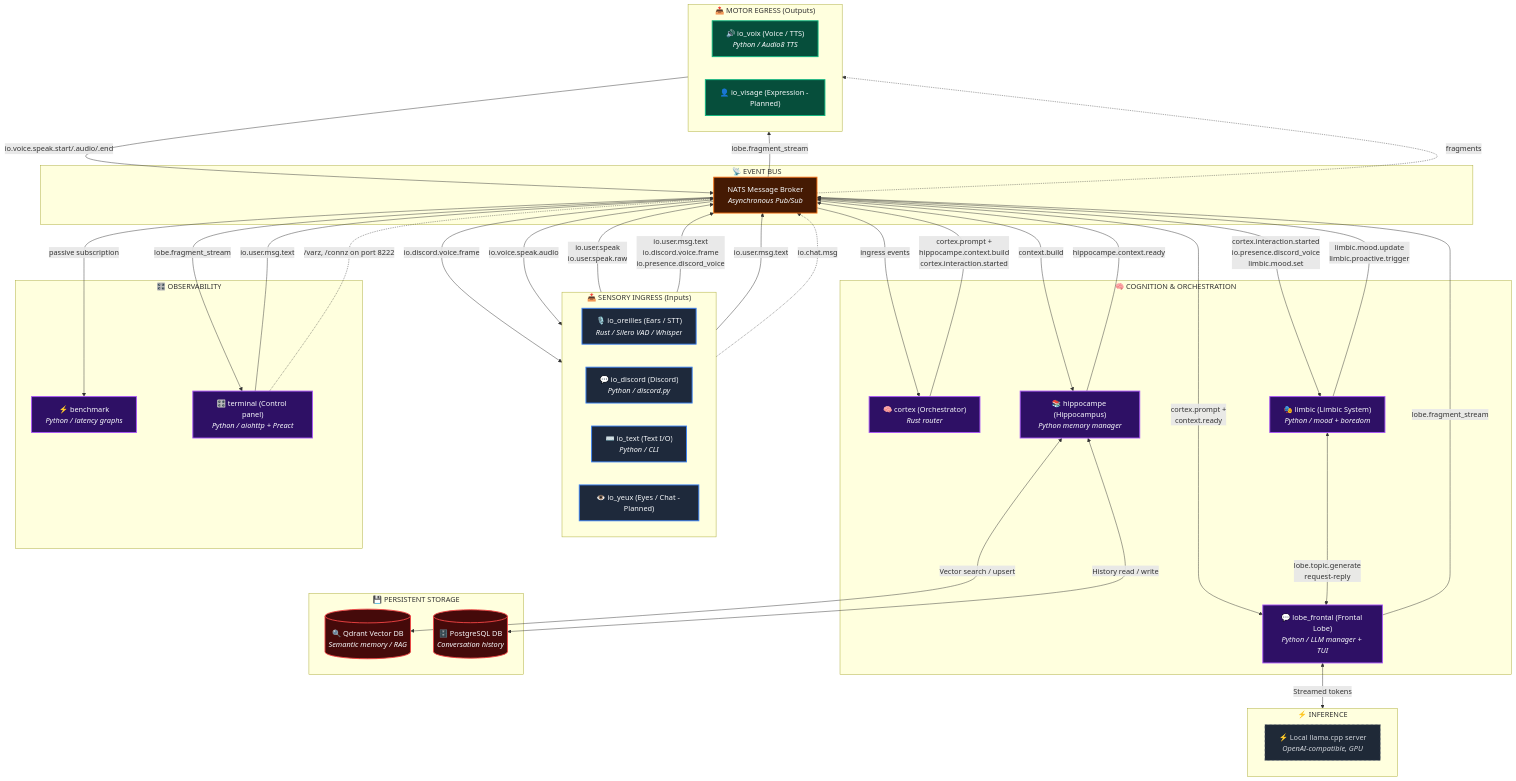
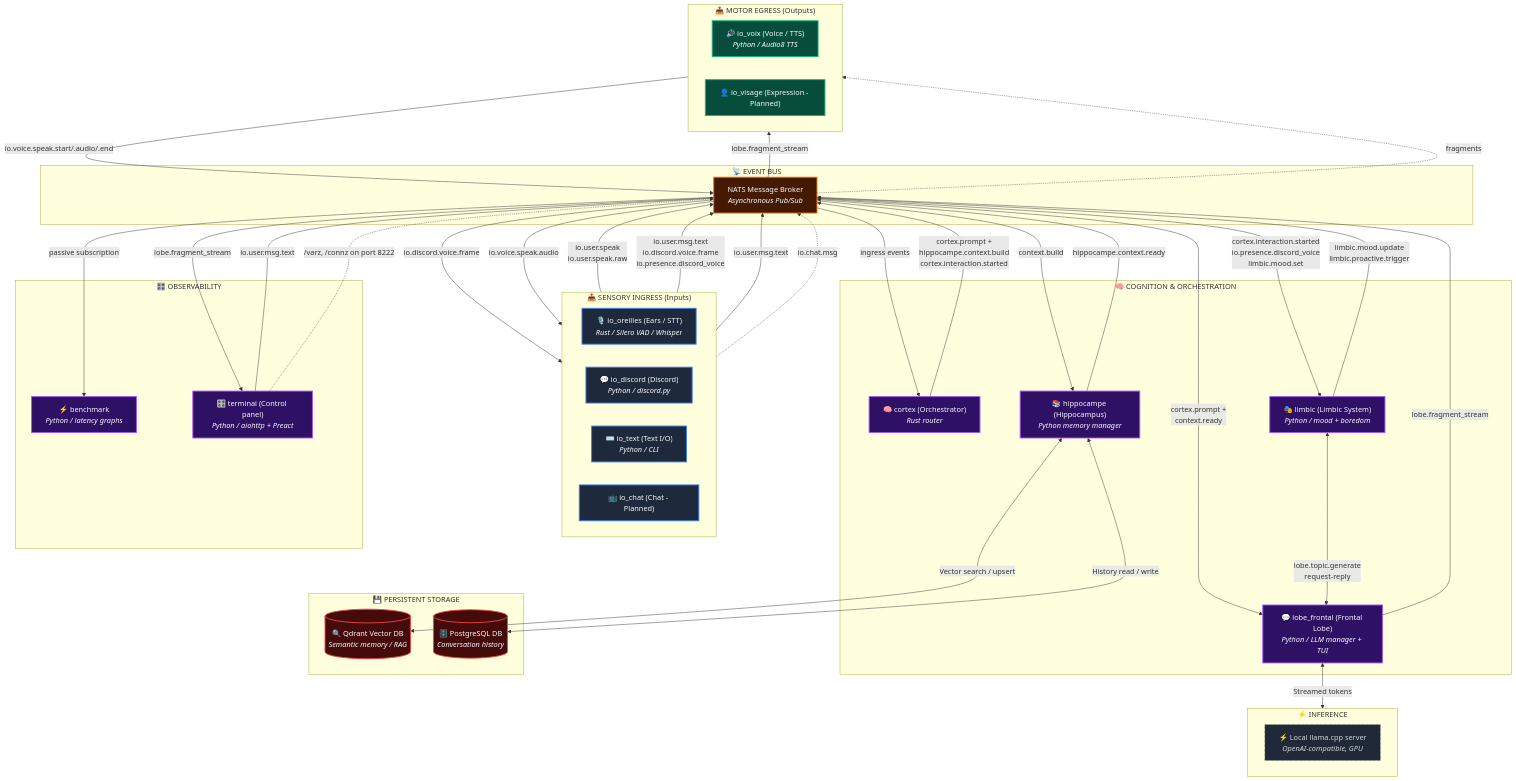
One commit to MiloBonbaril/Aletheia-V3 changed the diagram in README.md. Above: the diagram before and after it, drawn with Mermaid. The commit also changed other lines of this file and 8 other files, not shown here.

```diff
--- a/README.md
+++ b/README.md
@@ -73,7 +73,7 @@
         oreilles["🎙️ io_oreilles (Ears / STT)<br/><i>Rust / Silero VAD / Whisper</i>"]:::ingress
         discord["💬 io_discord (Discord)<br/><i>Python / discord.py</i>"]:::ingress
         text_io["⌨️ io_text (Text I/O)<br/><i>Python / CLI</i>"]:::ingress
-        yeux["👁️ io_yeux (Eyes / Chat - Planned)"]:::ingress
+        chat["📺 io_chat (Chat - Planned)"]:::ingress
     end
 
     subgraph Event_Broker ["📡 EVENT BUS"]
@@ -111,7 +111,7 @@
     oreilles -->|io.user.speak<br/>io.user.speak.raw| nats
     discord -->|io.user.msg.text<br/>io.discord.voice.frame<br/>io.presence.discord_voice| nats
     text_io -->|io.user.msg.text| nats
-    yeux -.->|io.chat.msg| nats
+    chat -.->|io.chat.msg| nats
 
     nats -->|ingress events| cortex
     nats -->|io.discord.voice.frame| oreilles
```
